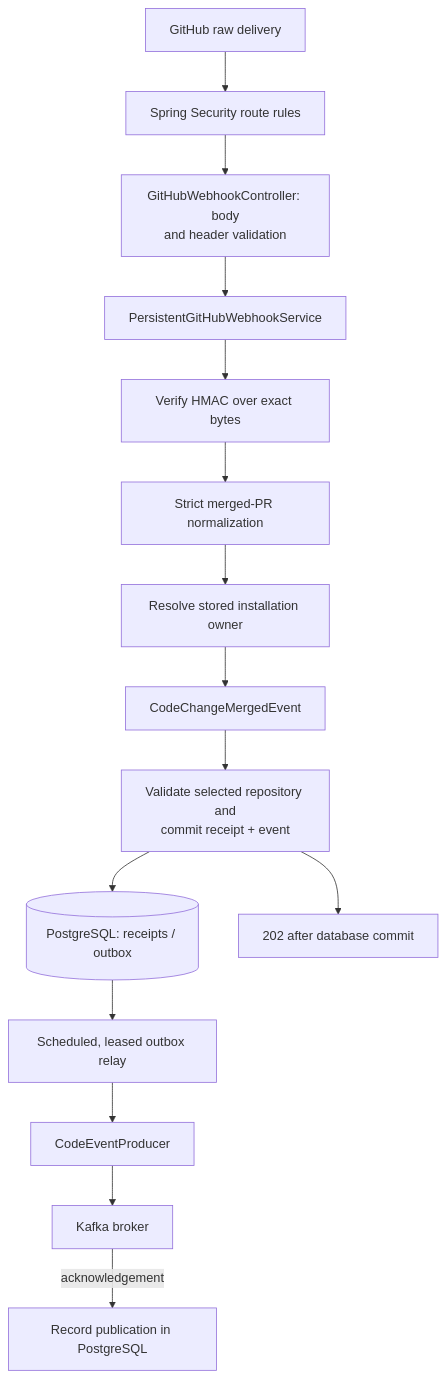
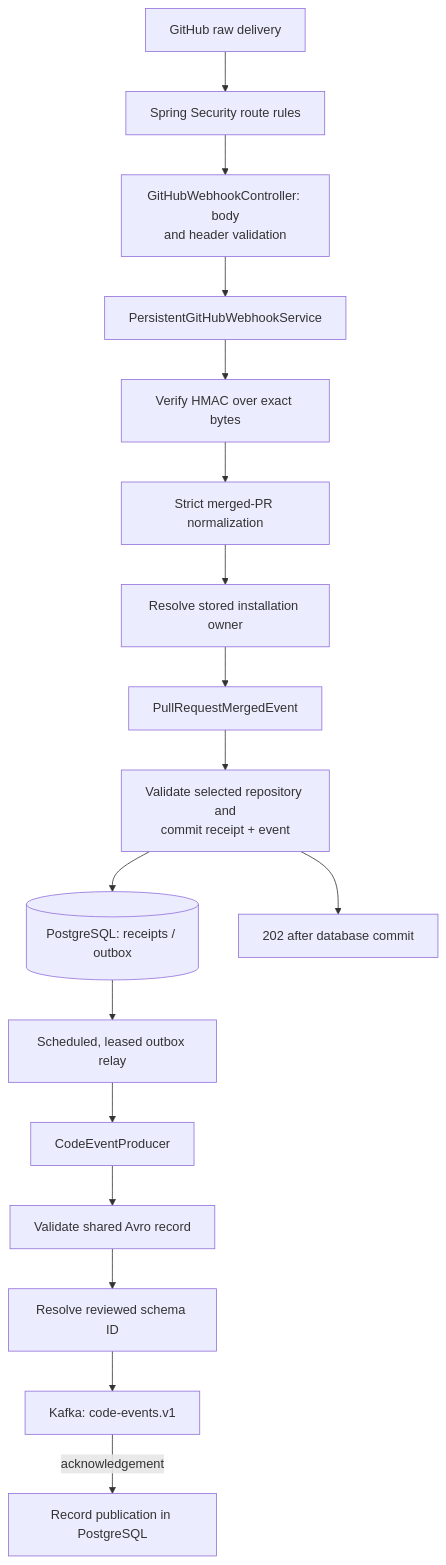
One commit to ChangeGuardHQ/changuard-platform changed the first of 12 diagrams in backend/README.md. Above: the diagram before and after it, drawn with Mermaid. The commit also changed other lines of this file and 53 other files, not shown here.

Commit message:
shared Avro contracts implemented + wired shema into compose + tests

````diff
--- a/backend/README.md
+++ b/backend/README.md
@@ -34,17 +37,19 @@
 ```mermaid
 flowchart TD
     GitHub["GitHub raw delivery"] --> Security["Spring Security route rules"]
     Security --> Controller["GitHubWebhookController: body<br/>and header validation"]
     Controller --> Processor["PersistentGitHubWebhookService"]
     Processor --> HMAC["Verify HMAC over exact bytes"]
     HMAC --> Normalizer["Strict merged-PR normalization"]
     Normalizer --> Owner["Resolve stored installation owner"]
-    Owner --> Event["CodeChangeMergedEvent"]
+    Owner --> Event["PullRequestMergedEvent"]
     Event --> Durable["Validate selected repository and<br/>commit receipt + event"]
     Durable --> Database[("PostgreSQL: receipts / outbox")]
     Durable --> Accepted["202 after database commit"]
     Database --> Relay["Scheduled, leased outbox relay"]
     Relay --> Producer["CodeEventProducer"]
-    Producer --> Kafka["Kafka broker"]
+    Producer --> Avro["Validate shared Avro record"]
+    Avro --> Registry["Resolve reviewed schema ID"]
+    Registry --> Kafka["Kafka: code-events.v1"]
     Kafka -->|"acknowledgement"| Published["Record publication in PostgreSQL"]
 ```
````
